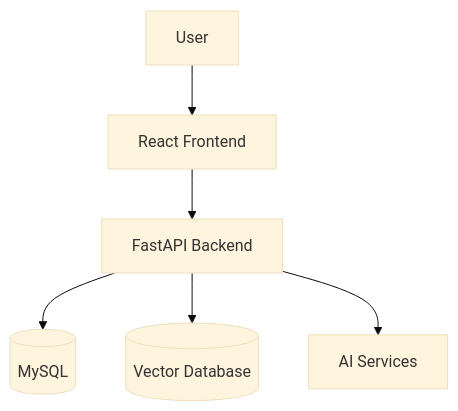
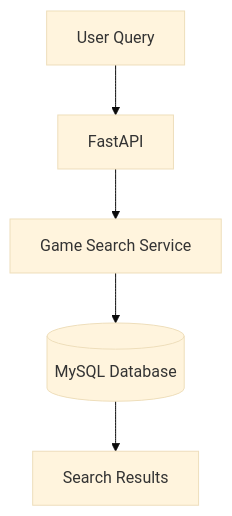
One commit to Rachit47/Arcademia-AI changed diagram 16 of 25 in docs/ArcademiaAI_Software_Design_Document.md. Above: the diagram before and after it, drawn with Mermaid (base theme). The commit also changed other lines of this file, not shown here.

````diff
--- a/docs/ArcademiaAI_Software_Design_Document.md
+++ b/docs/ArcademiaAI_Software_Design_Document.md
@@ -2232,26 +2116,14 @@
 ```mermaid
 flowchart TD
 
-User[User]
+Query[User Query]
+API[FastAPI]
+Service[Game Search Service]
+DB[(MySQL Database)]
+Results[Search Results]
 
-Frontend[React Frontend]
-
-Backend[FastAPI Backend]
-
-MySQL[(MySQL)]
-
-Vector[(Vector Database)]
-
-AI[AI Services]
-
-
-User --> Frontend
-
-Frontend --> Backend
-
-Backend --> MySQL
-
-Backend --> Vector
-
-Backend --> AI
+Query --> API
+API --> Service
+Service --> DB
+DB --> Results
 ```
````
